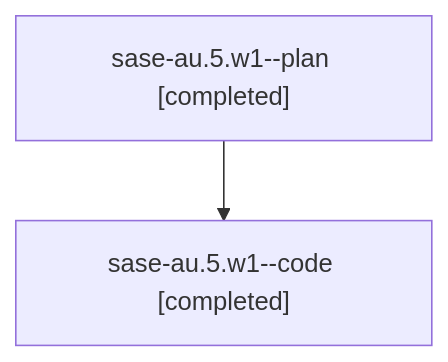
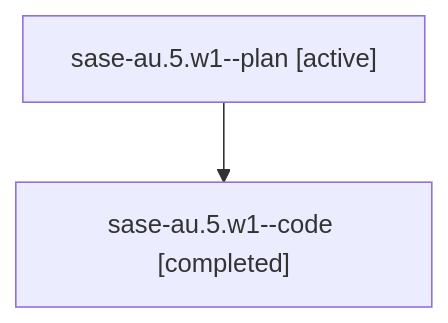
The diagram in families/bbugyi200.athena.sase-au.5.w1.md (sase-org/sase--agents), drawn with Mermaid before and after one commit. The commit also changed other lines of this file and 5813 other files, not shown here.

````diff
--- a/families/bbugyi200.athena.sase-au.5.w1.md
+++ b/families/bbugyi200.athena.sase-au.5.w1.md
@@ -9,6 +9,6 @@
 ```mermaid
 flowchart TD
-  n0["sase-au.5.w1--plan [completed]"]
+  n0["sase-au.5.w1--plan [active]"]
   n1["sase-au.5.w1--code [completed]"]
   n0 --> n1
 ```
````
